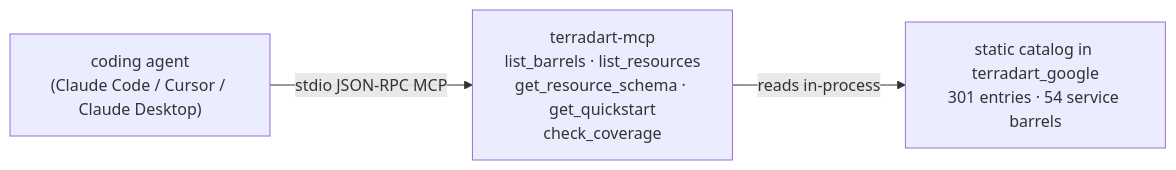
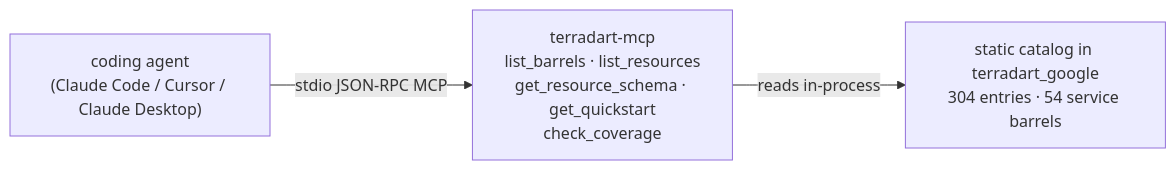
Before and after one commit to nozomi-koborinai/terradart: the diagram in website/src/content/docs/docs/agent/index.md, drawn with Mermaid. The commit also changed other lines of this file and 19 other files, not shown here.

````diff
--- a/website/src/content/docs/docs/agent/index.md
+++ b/website/src/content/docs/docs/agent/index.md
@@ -12,8 +12,8 @@
 ```mermaid
 graph LR
   agent["coding agent<br/>(Claude Code / Cursor / Claude Desktop)"]
   mcp["terradart-mcp<br/>list_barrels · list_resources<br/>get_resource_schema · get_quickstart<br/>check_coverage"]
-  catalog["static catalog in terradart_google<br/>301 entries · 54 service barrels"]
+  catalog["static catalog in terradart_google<br/>304 entries · 54 service barrels"]
   agent -->|stdio JSON-RPC MCP| mcp
   mcp -->|reads in-process| catalog
 ```
````
